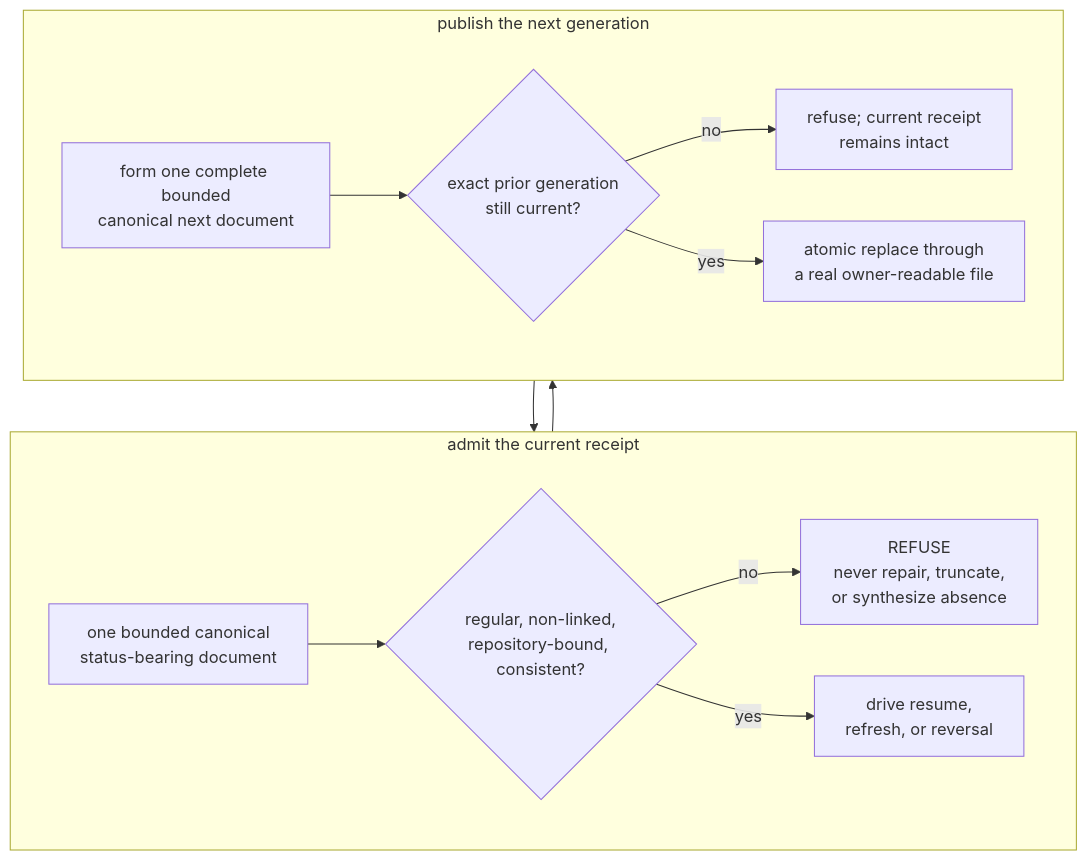
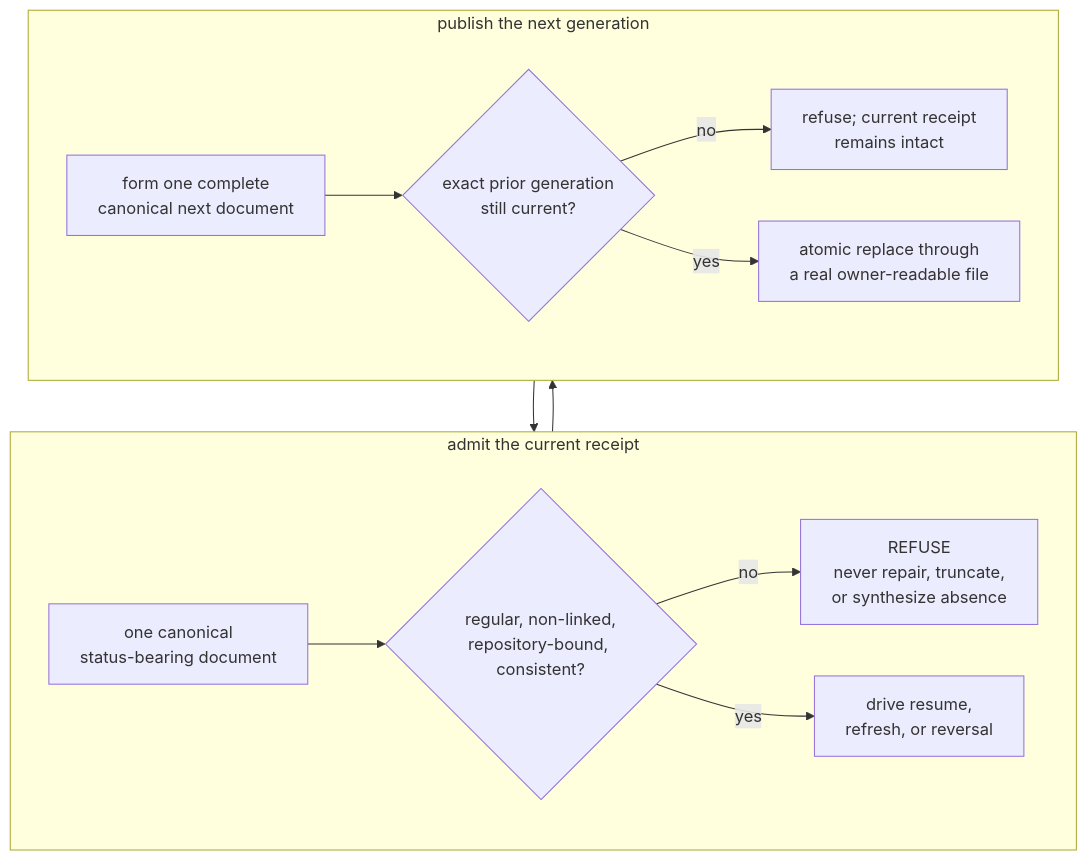
One commit to infimalabs/spice-rust changed the tenth of 10 diagrams in docs/product/planes/distribution.md. Above: the diagram before and after it, drawn with Mermaid. The commit also changed other lines of this file and 120 other files, not shown here.

````diff
--- a/docs/product/planes/distribution.md
+++ b/docs/product/planes/distribution.md
@@ -438,17 +498,17 @@
 ```mermaid
 flowchart TD
   subgraph READ["admit the current receipt"]
     direction LR
-    H["one bounded canonical<br/>status-bearing document"] --> RD{"regular, non-linked,<br/>repository-bound, consistent?"}
+    H["one canonical<br/>status-bearing document"] --> RD{"regular, non-linked,<br/>repository-bound, consistent?"}
     RD -- no --> REF["REFUSE<br/>never repair, truncate,<br/>or synthesize absence"]
     RD -- yes --> USE["drive resume,<br/>refresh, or reversal"]
   end
   subgraph WRITE["publish the next generation"]
     direction LR
-    USE --> NEXT["form one complete bounded<br/>canonical next document"]
+    USE --> NEXT["form one complete<br/>canonical next document"]
     NEXT --> CAS{"exact prior generation<br/>still current?"}
     CAS -- no --> STALE["refuse; current receipt<br/>remains intact"]
     CAS -- yes --> PUB["atomic replace through<br/>a real owner-readable file"]
     PUB --> H
   end
 ```
````
